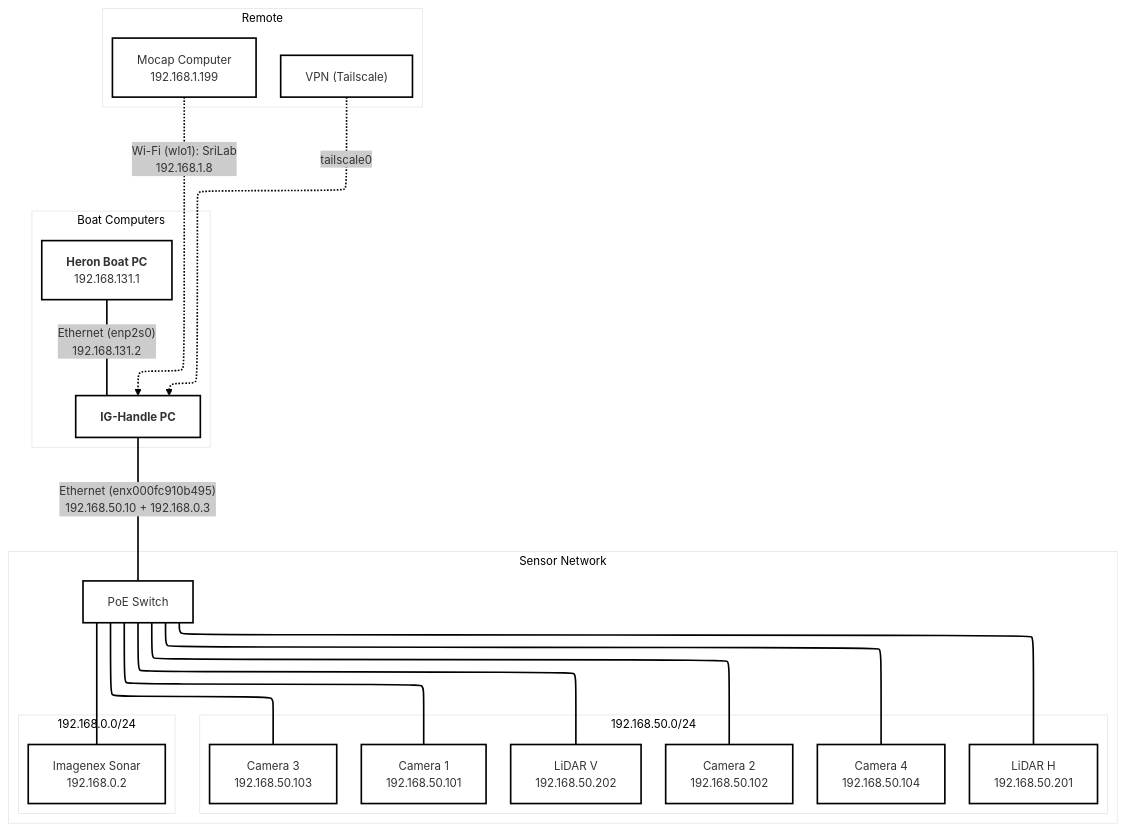
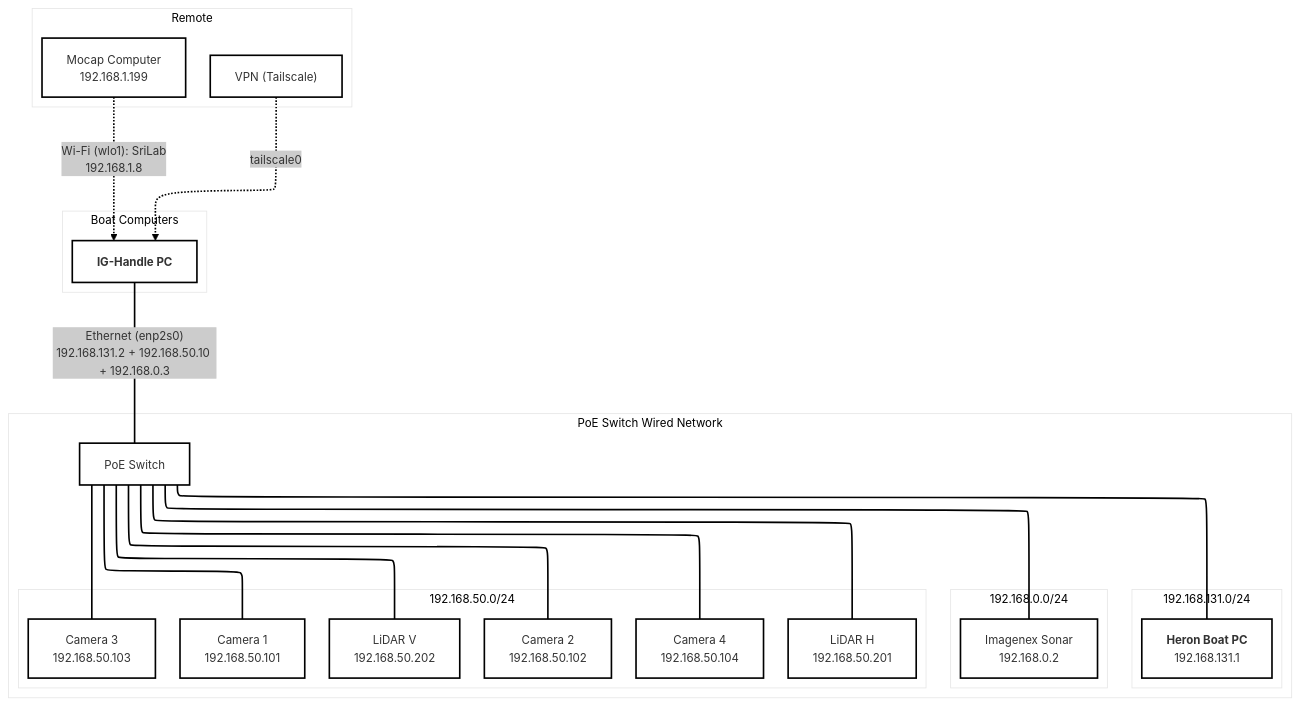
Before and after one commit to aaronjs99/ig_handle: the first of 2 diagrams in README.md, drawn with Mermaid. The commit also changed other lines of this file and 1 other file, not shown here.

Commit message:
Update IG Handle switch network config

````diff
--- a/README.md
+++ b/README.md
@@ -73,49 +73,52 @@
 ```mermaid
 ---
 config:
   theme: neo
   layout: elk
 ---
 graph TD
 
     subgraph Remote
         Mocap["Mocap Computer<br/>192.168.1.199"]
         VPN["VPN (Tailscale)"]
     end
 
     subgraph "Boat Computers"
-        Heron["<b>Heron Boat PC</b><br/>192.168.131.1"]
         PC["<b>IG-Handle PC</b>"]
     end
 
-    subgraph "Sensor Network"
+    subgraph "PoE Switch Wired Network"
         Switch["PoE Switch"]
+
+        subgraph "192.168.131.0/24"
+            Heron["<b>Heron Boat PC</b><br/>192.168.131.1"]
+        end
 
         subgraph "192.168.50.0/24"
             Cam1["Camera 1<br/>192.168.50.101"]
             Cam2["Camera 2<br/>192.168.50.102"]
             Cam3["Camera 3<br/>192.168.50.103"]
             Cam4["Camera 4<br/>192.168.50.104"]
 
             LidarH["LiDAR H<br/>192.168.50.201"]
             LidarV["LiDAR V<br/>192.168.50.202"]
         end
 
         subgraph "192.168.0.0/24"
             Sonar["Imagenex Sonar<br/>192.168.0.2"]
         end
     end
 
     VPN -. "tailscale0" .-> PC
     Mocap -. "Wi-Fi (wlo1): SriLab<br/>192.168.1.8" .-> PC
-    Heron ---|"Ethernet (enp2s0)<br/>192.168.131.2"| PC
-    PC ---|"Ethernet (enx000fc910b495)<br/>192.168.50.10 + 192.168.0.3"| Switch
+    PC ---|"Ethernet (enp2s0)<br/>192.168.131.2 + 192.168.50.10 + 192.168.0.3"| Switch
 
+    Switch --- Heron
     Switch --- Cam1
     Switch --- Cam2
     Switch --- Cam3
     Switch --- Cam4
     Switch --- LidarH
     Switch --- LidarV
     Switch --- Sonar
 ```
````
